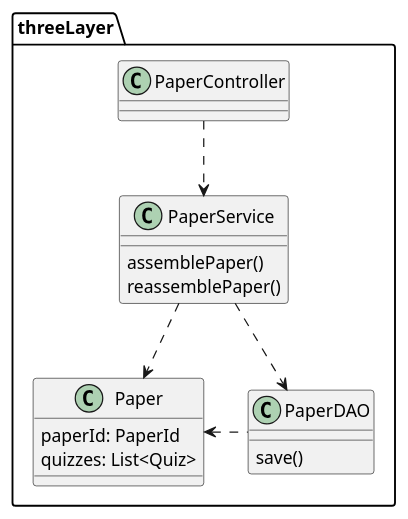
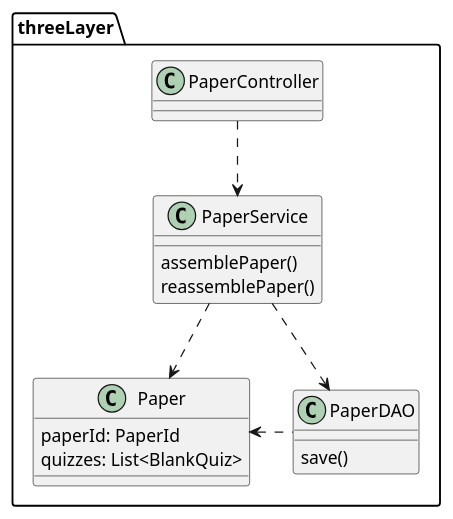
Before and after one commit to DDD-Bootcamp/exam-plantform: the diagram in design/three-layers-paper.puml, drawn with PlantUML. The commit also changed 7 other files, not shown here.

```diff
--- a/design/three-layers-paper.puml
+++ b/design/three-layers-paper.puml
@@ -1,27 +1,27 @@
 @startuml
 
 package threeLayer {
     class PaperController
 
     class PaperService {
         assemblePaper()
         reassemblePaper()
     }
 
 
     class Paper {
         paperId: PaperId
-        quizzes: List<Quiz>
+        quizzes: List<BlankQuiz>
     }
 
     class PaperDAO {
         save()
     }
 
 
     PaperController ..> PaperService
     PaperService ..> Paper
     PaperService ..> PaperDAO
     PaperDAO .left.> Paper
 }
 @enduml
```
